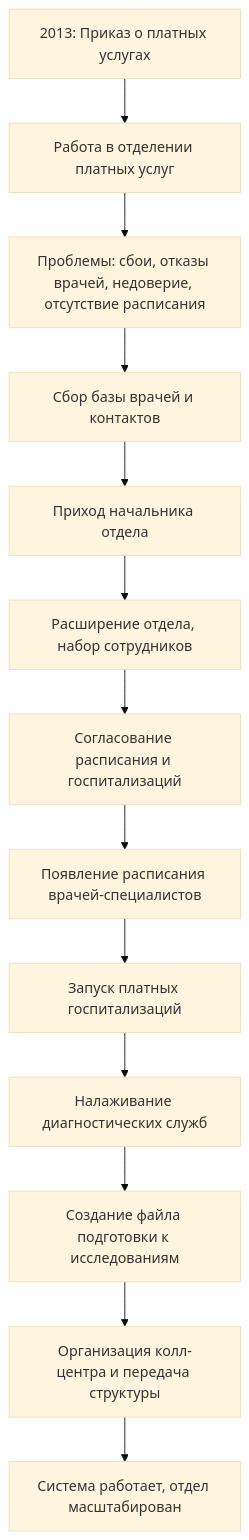
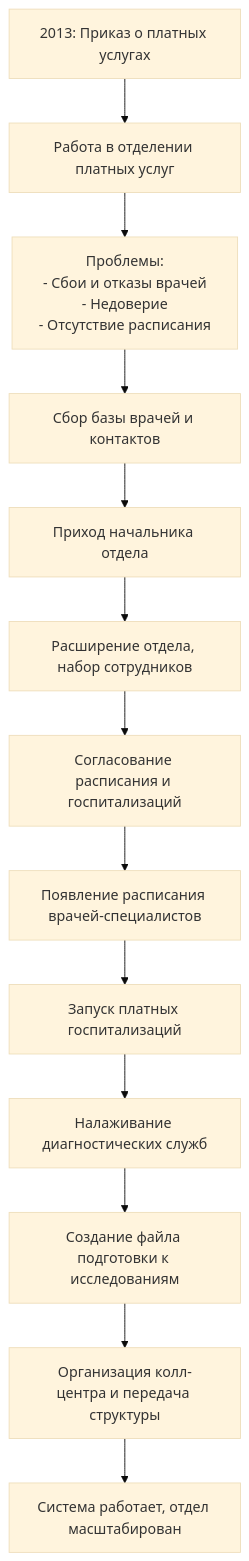
Before and after one commit to valentinan287-ai/contract-department-architecture: the diagram in diagram_creation.mmd, drawn with Mermaid (base theme).

```diff
--- a/diagram_creation.mmd
+++ b/diagram_creation.mmd
@@ -1,13 +1,14 @@
+
 graph TD
     A[2013: Приказ о платных услугах] --> B[Работа в отделении платных услуг]
-    B --> C[Проблемы: сбои, отказы врачей, недоверие, отсутствие расписания]
+    B --> C[Проблемы:<br>- Сбои и отказы врачей<br>- Недоверие<br>- Отсутствие расписания]
     C --> D[Сбор базы врачей и контактов]
     D --> E[Приход начальника отдела]
     E --> F[Расширение отдела, набор сотрудников]
     F --> G[Согласование расписания и госпитализаций]
     G --> H[Появление расписания врачей-специалистов]
     H --> I[Запуск платных госпитализаций]
     I --> J[Налаживание диагностических служб]
     J --> K[Создание файла подготовки к исследованиям]
     K --> L[Организация колл-центра и передача структуры]
     L --> M[Система работает, отдел масштабирован]
```
